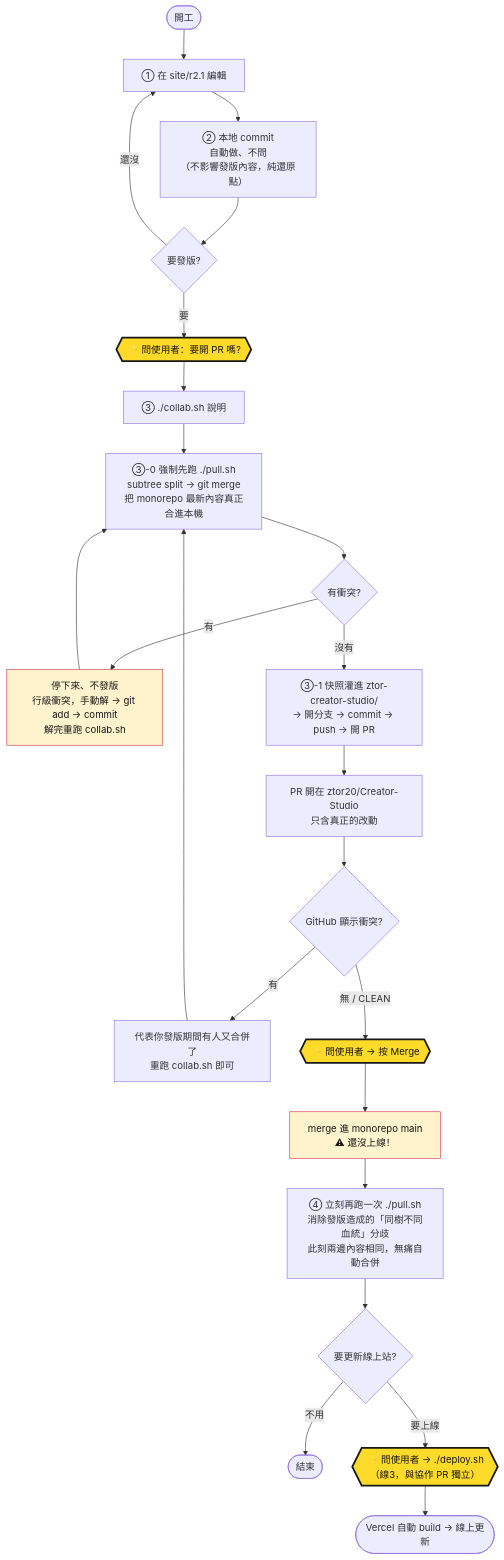
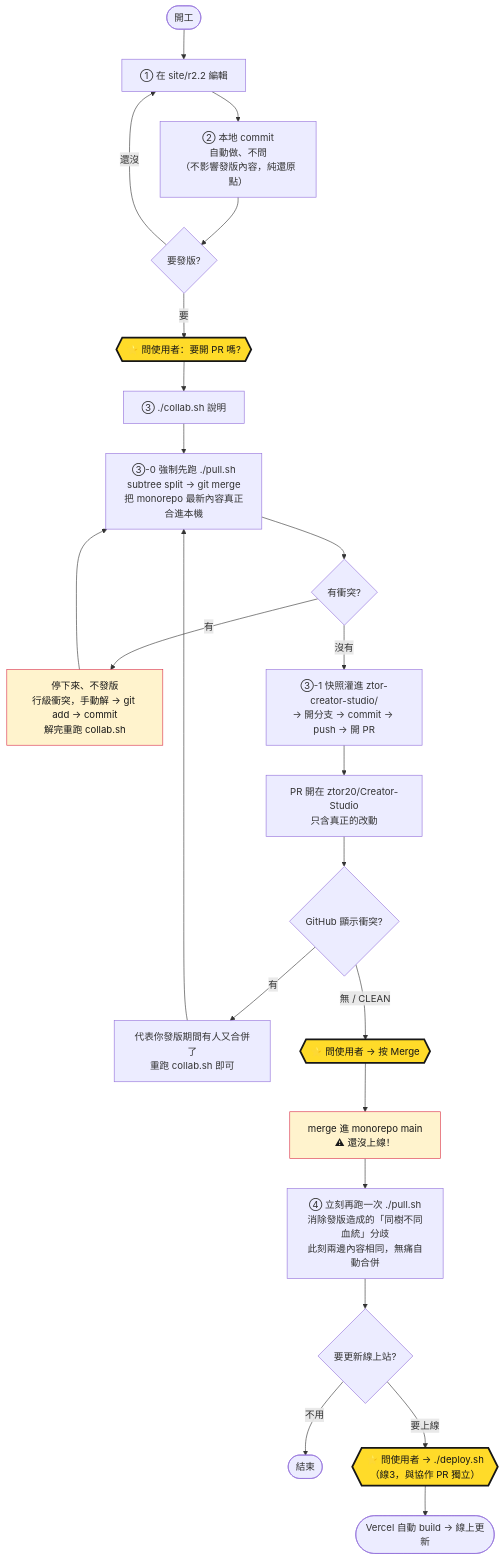
Before and after one commit to ztor20/Creator-Studio: the diagram in ztor-creator-studio/WORKFLOW.md, drawn with Mermaid. The commit also changed other lines of this file and 419 other files, not shown here.

````diff
--- a/ztor-creator-studio/WORKFLOW.md
+++ b/ztor-creator-studio/WORKFLOW.md
@@ -80,30 +81,30 @@
 ```mermaid
 flowchart TD
-    A(["開工"]) --> B["① 在 site/r2.1 編輯"]
+    A(["開工"]) --> B["① 在 site/r2.2 編輯"]
     B --> B2["② 本地 commit<br/>自動做、不問<br/>（不影響發版內容，純還原點）"]
     B2 --> E{"要發版?"}
     E -- "還沒" --> B
     E -- "要" --> F{{"⭐ 問使用者：要開 PR 嗎?"}}
     F --> G["③ ./collab.sh 說明"]
     G --> G1["③-0 強制先跑 ./pull.sh<br/>subtree split → git merge<br/>把 monorepo 最新內容真正合進本機"]
     G1 --> C{"有衝突?"}
     C -- "有" --> C1["停下來、不發版<br/>行級衝突，手動解 → git add → commit<br/>解完重跑 collab.sh"]
     C1 --> G1
     C -- "沒有" --> G2["③-1 快照灌進 ztor-creator-studio/<br/>→ 開分支 → commit → push → 開 PR"]
     G2 --> I["PR 開在 ztor20/Creator-Studio<br/>只含真正的改動"]
     I --> J{"GitHub 顯示衝突?"}
     J -- "有" --> J1["代表你發版期間有人又合併了<br/>重跑 collab.sh 即可"]
     J1 --> G1
     J -- "無 / CLEAN" --> K{{"⭐ 問使用者 → 按 Merge"}}
     K --> L["merge 進 monorepo main<br/>⚠ 還沒上線！"]
     L --> P1["④ 立刻再跑一次 ./pull.sh<br/>消除發版造成的「同樹不同血統」分歧<br/>此刻兩邊內容相同，無痛自動合併"]
     P1 --> M{"要更新線上站?"}
     M -- "不用" --> N(["結束"])
     M -- "要上線" --> O{{"⭐ 問使用者 → ./deploy.sh<br/>（線3，與協作 PR 獨立）"}}
     O --> P(["Vercel 自動 build → 線上更新"])
 
     classDef gate fill:#FFDB29,stroke:#171717,stroke-width:3px,color:#171717;
     classDef warn fill:#FFF3CD,stroke:#DA314A,stroke-width:1px,color:#171717;
     class F,K,O gate;
     class L,C1 warn;
 ```
````
